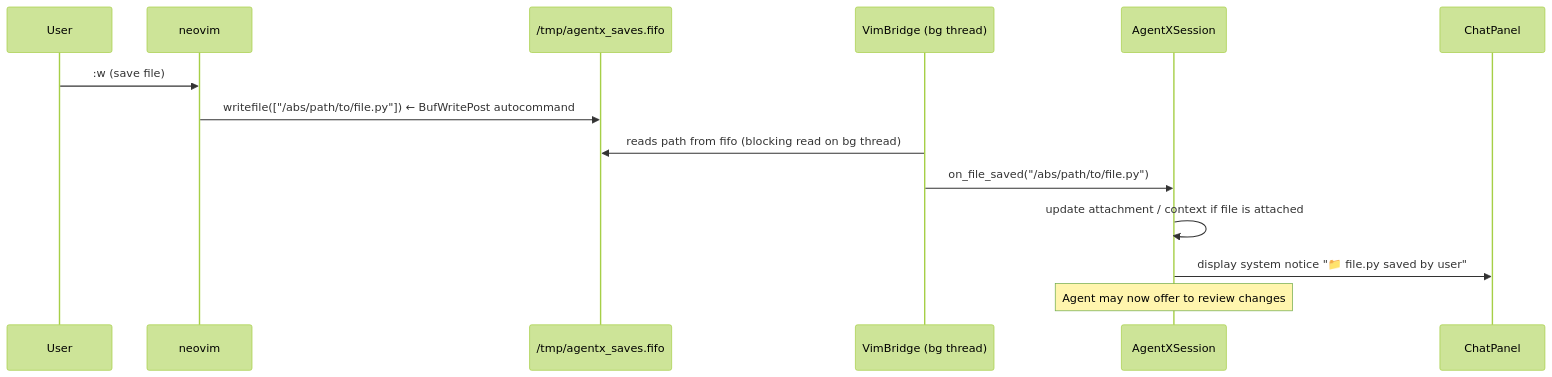
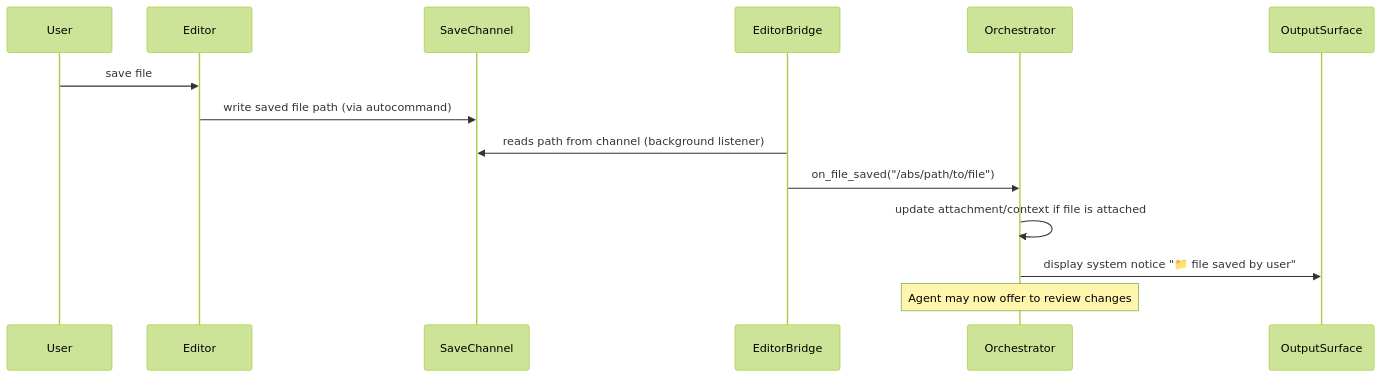
Before and after one commit to matthewapeters/agentX: the fourth of 11 diagrams in docs/ux/05_VIBE_CODING.md, drawn with Mermaid (forest theme). The commit also changed other lines of this file and 336 other files, not shown here.

````diff
--- a/docs/ux/05_VIBE_CODING.md
+++ b/docs/ux/05_VIBE_CODING.md
@@ -558,17 +138,17 @@
 ```mermaid
 sequenceDiagram
     participant User
-    participant Nvim as neovim
-    participant FIFO as /tmp/agentx_saves.fifo
-    participant VB as VimBridge (bg thread)
-    participant Session as AgentXSession
-    participant ChatPanel
+    participant Editor
+    participant SaveChannel
+    participant EditorBridge
+    participant Orchestrator
+    participant OutputSurface
 
-    User->>Nvim: :w (save file)
-    Nvim->>FIFO: writefile(["/abs/path/to/file.py"])  ← BufWritePost autocommand
-    VB->>FIFO: reads path from fifo (blocking read on bg thread)
-    VB->>Session: on_file_saved("/abs/path/to/file.py")
-    Session->>Session: update attachment / context if file is attached
-    Session->>ChatPanel: display system notice "📁 file.py saved by user"
-    Note over Session: Agent may now offer to review changes
+    User->>Editor: save file
+    Editor->>SaveChannel: write saved file path (via autocommand)
+    EditorBridge->>SaveChannel: reads path from channel (background listener)
+    EditorBridge->>Orchestrator: on_file_saved("/abs/path/to/file")
+    Orchestrator->>Orchestrator: update attachment/context if file is attached
+    Orchestrator->>OutputSurface: display system notice "📁 file saved by user"
+    Note over Orchestrator: Agent may now offer to review changes
 ```
````
